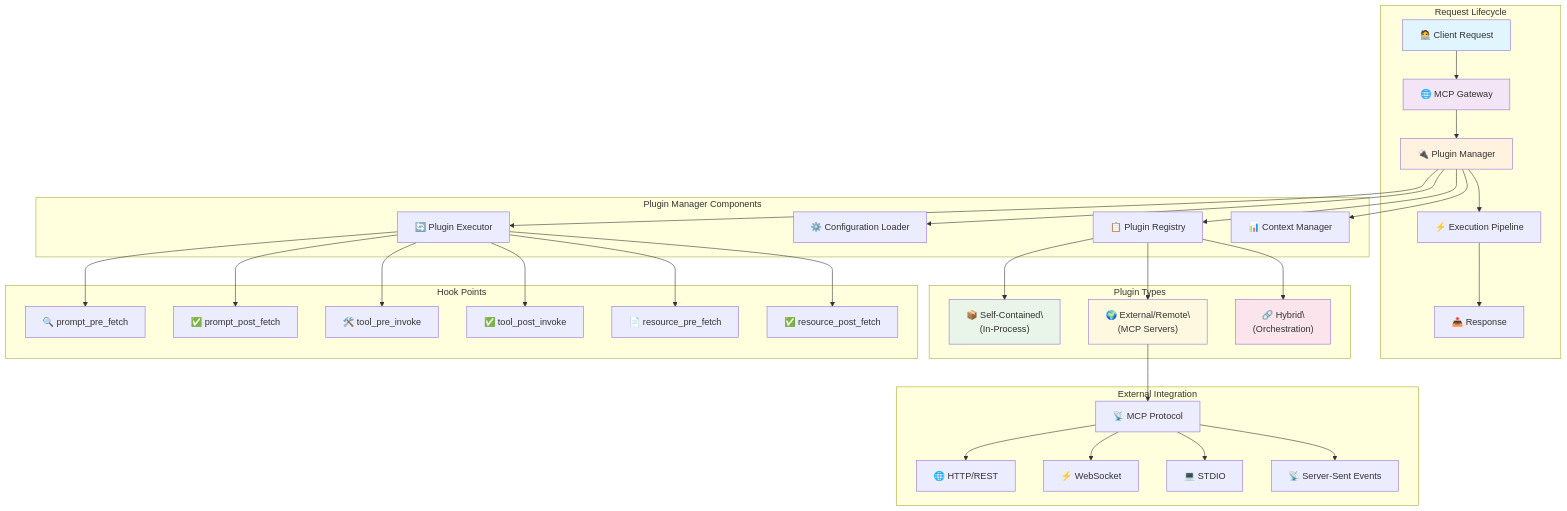
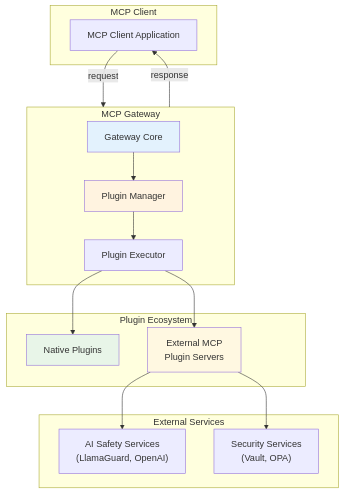
One commit to tedhabeck/mcp-context-forge changed the first of 5 diagrams in docs/docs/architecture/plugins.md. Above: the diagram before and after it, drawn with Mermaid. The commit also changed other lines of this file and 18 other files, not shown here.

````diff
--- a/docs/docs/architecture/plugins.md
+++ b/docs/docs/architecture/plugins.md
@@ -70,63 +87,36 @@
 ```mermaid
 flowchart TB
-    subgraph "Request Lifecycle"
-        Client["🧑‍💻 Client Request"] --> Gateway["🌐 MCP Gateway"]
-        Gateway --> PM["🔌 Plugin Manager"]
-        PM --> Pipeline["⚡ Execution Pipeline"]
-        Pipeline --> Response["📤 Response"]
+    subgraph "MCP Client"
+        Client["MCP Client Application"]
     end
 
-    subgraph "Plugin Manager Components"
-        PM --> Registry["📋 Plugin Registry"]
-        PM --> Config["⚙️ Configuration Loader"]
-        PM --> Executor["🔄 Plugin Executor"]
-        PM --> Context["📊 Context Manager"]
+    subgraph GW["MCP Gateway"]
+        Gateway["Gateway Core"]
+        PM["Plugin Manager"]
+        Executor["Plugin Executor"]
     end
 
-    subgraph "Plugin Types"
-        SelfContained["📦 Self-Contained\\n(In-Process)"]
-        External["🌍 External/Remote\\n(MCP Servers)"]
-        Hybrid["🔗 Hybrid\\n(Orchestration)"]
+    subgraph "Plugin Ecosystem"
+        Native["Native Plugins"]
+        External["External MCP <br> Plugin Servers"]
     end
 
-    subgraph "Hook Points"
-        PPF["🔍 prompt_pre_fetch"]
-        PPO["✅ prompt_post_fetch"]
-        TPI["🛠️ tool_pre_invoke"]
-        TPO["✅ tool_post_invoke"]
-        RPF["📄 resource_pre_fetch"]
-        RPO["✅ resource_post_fetch"]
+    subgraph "External Services"
+        AI["AI Safety Services<br>(LlamaGuard, OpenAI)"]
+        Security["Security Services<br>(Vault, OPA)"]
     end
 
-    subgraph "External Integration"
-        MCP["📡 MCP Protocol"]
-        HTTP["🌐 HTTP/REST"]
-        WS["⚡ WebSocket"]
-        STDIO["💻 STDIO"]
-        SSE["📡 Server-Sent Events"]
-    end
+    Client --request--> GW
+    GW --response--> Client
+    Gateway --> PM
+    PM --> Executor
+    Executor --> Native
+    Executor --> External
+    External --> AI
+    External --> Security
 
-    Registry --> SelfContained
-    Registry --> External
-    Registry --> Hybrid
-
-    Executor --> PPF
-    Executor --> PPO
-    Executor --> TPI
-    Executor --> TPO
-    Executor --> RPF
-    Executor --> RPO
-
-    External --> MCP
-    MCP --> HTTP
-    MCP --> WS
-    MCP --> STDIO
-    MCP --> SSE
-
-    style Client fill:#e1f5fe
-    style Gateway fill:#f3e5f5
+    style Gateway fill:#e3f2fd
     style PM fill:#fff3e0
-    style SelfContained fill:#e8f5e8
+    style Native fill:#e8f5e8
     style External fill:#fff8e1
-    style Hybrid fill:#fce4ec
 ```
````
